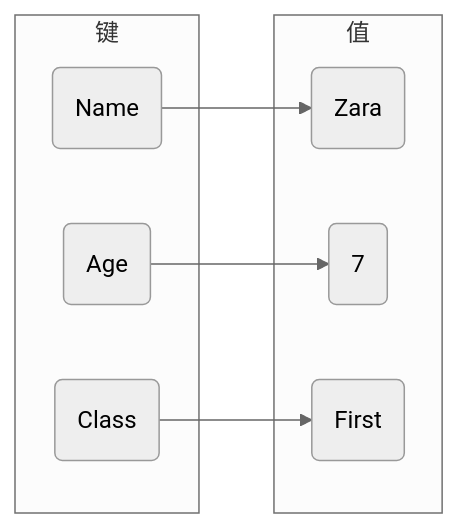
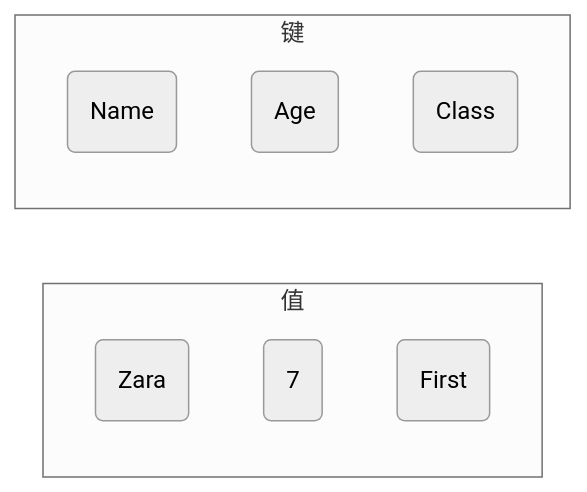
The diagram in Language/Python/库/模块/2021-12-02-dict.md (dmjcb/SelfBlog), drawn with Mermaid (neutral theme) before and after one commit. The commit also changed other lines of this file and 224 other files, not shown here.

````diff
--- a/Language/Python/库/模块/2021-12-02-dict.md
+++ b/Language/Python/库/模块/2021-12-02-dict.md
@@ -26,18 +26,15 @@
 ```mermaid
 graph LR;
     subgraph 值
         v1(Zara)
         v2(7)
         v3(First)
     end
 
     subgraph 键
         k1(Name)
         k2(Age)
         k3(Class)
     end
 
-    k1-->v1
-    k2-->v2
-    k3-->v3
 ```
````
